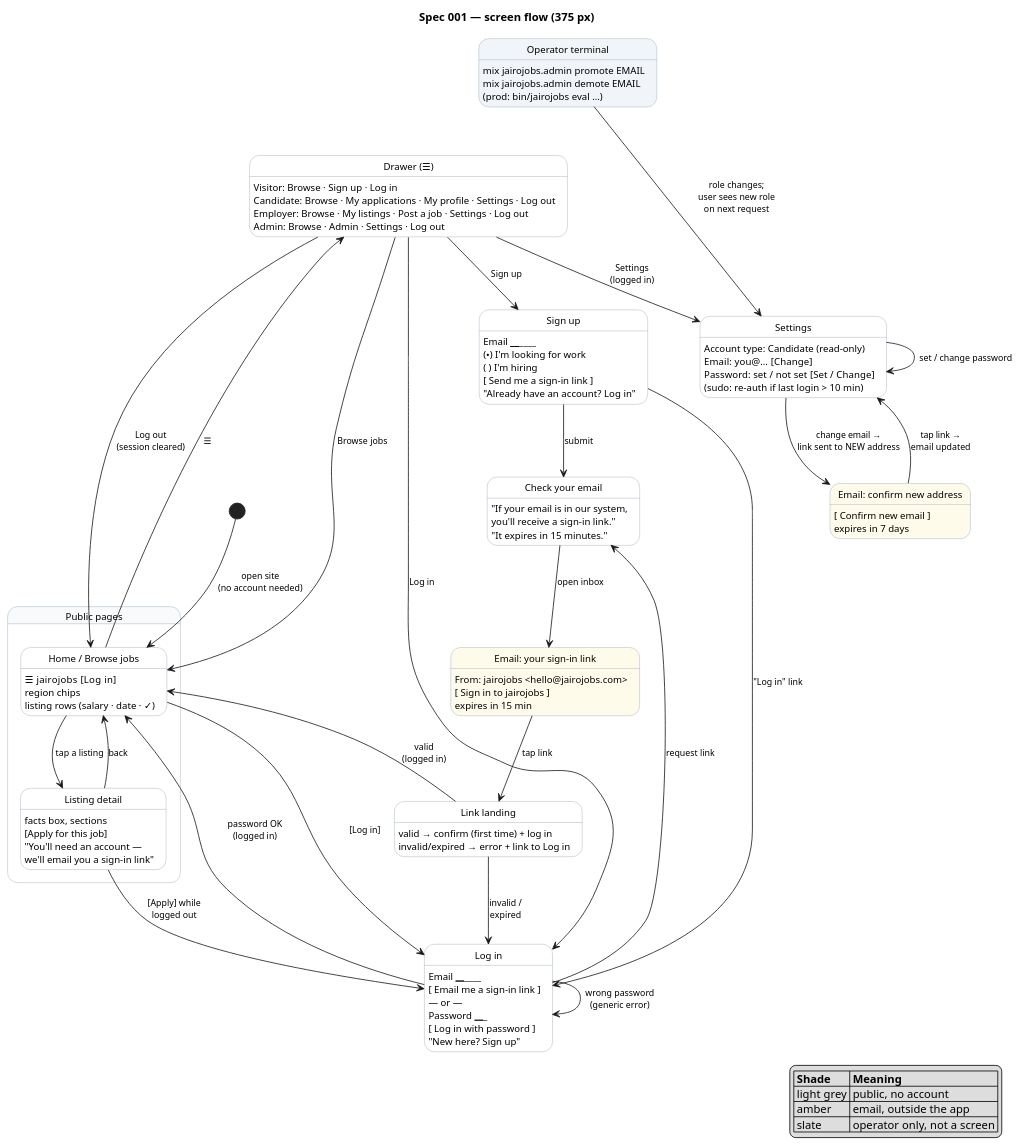
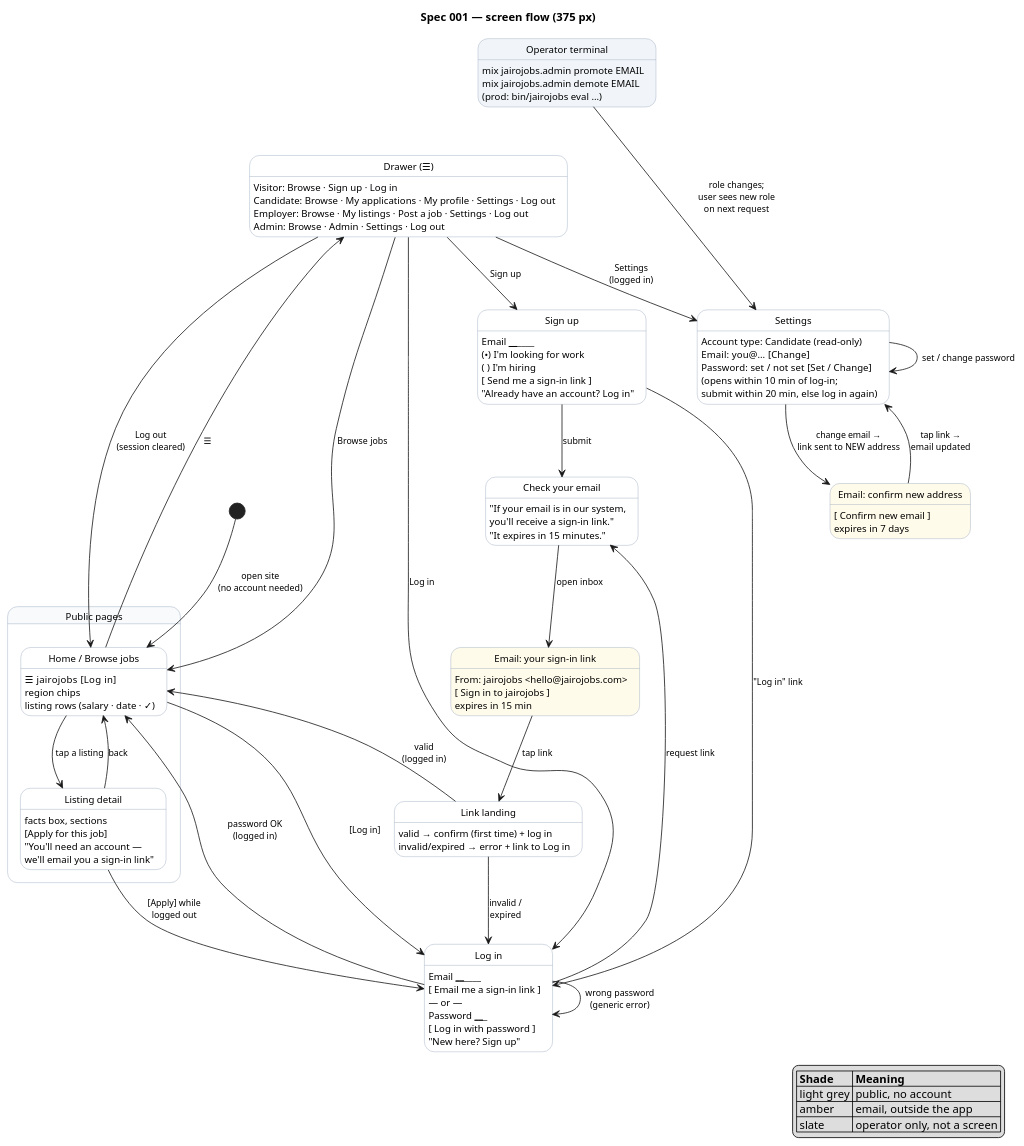
Before and after one commit to raseniero/jairojobs-elixir: the diagram in docs/specs/001-accounts-authentication/diagrams/screenflow-auth.puml, drawn with PlantUML. The commit also changed 9 other files, not shown here.

Commit message:
fix(accounts): late Settings submit asks to log in again instead of crashing (REQ-001-6, REQ-001-7)

```diff
--- a/docs/specs/001-accounts-authentication/diagrams/screenflow-auth.puml
+++ b/docs/specs/001-accounts-authentication/diagrams/screenflow-auth.puml
@@ -1,111 +1,111 @@
 @startuml screenflow-auth
 ' Spec 001 — screen flow. Each state is a screen (key elements listed); each arrow is a user action.
 ' Every user story US-001-1..9 is a path through this diagram (see table in spec.md).
 
 hide empty description
 skinparam state {
   BackgroundColor white
   BackgroundColor<<public>> #f8fafc
   BackgroundColor<<email>> #fffbeb
   BackgroundColor<<terminal>> #f1f5f9
   BorderColor #94a3b8
   FontSize 12
 }
 skinparam arrowFontSize 11
 
 title Spec 001 — screen flow (375 px)
 
 state "Public pages" as Public <<public>> {
   state "Home / Browse jobs" as Home
   Home : ☰  jairojobs  [Log in]
   Home : region chips
   Home : listing rows (salary · date · ✓)
   state "Listing detail" as Detail
   Detail : facts box, sections
   Detail : [Apply for this job]
   Detail : "You'll need an account —\nwe'll email you a sign-in link"
   Home --> Detail : tap a listing
   Detail --> Home : back
 }
 
 state "Drawer (☰)" as Drawer
 Drawer : Visitor: Browse · Sign up · Log in
 Drawer : Candidate: Browse · My applications · My profile · Settings · Log out
 Drawer : Employer: Browse · My listings · Post a job · Settings · Log out
 Drawer : Admin: Browse · Admin · Settings · Log out
 
 state "Sign up" as Signup
 Signup : Email ______________
 Signup : (•) I'm looking for work
 Signup : ( ) I'm hiring
 Signup : [ Send me a sign-in link ]
 Signup : "Already have an account? Log in"
 
 state "Check your email" as CheckEmail
 CheckEmail : "If your email is in our system,\nyou'll receive a sign-in link."
 CheckEmail : "It expires in 15 minutes."
 
 state "Email: your sign-in link" as Email <<email>>
 Email : From: jairojobs <hello@jairojobs.com>
 Email : [ Sign in to jairojobs ]
 Email : expires in 15 min
 
 state "Link landing" as Landing
 Landing : valid → confirm (first time) + log in
 Landing : invalid/expired → error + link to Log in
 
 state "Log in" as Login
 Login : Email ______________
 Login : [ Email me a sign-in link ]
 Login : — or —
 Login : Password ___________
 Login : [ Log in with password ]
 Login : "New here? Sign up"
 
 state "Settings" as Settings
 Settings : Account type: Candidate (read-only)
 Settings : Email: you@…  [Change]
 Settings : Password: set / not set  [Set / Change]
-Settings : (sudo: re-auth if last login > 10 min)
+Settings : (opens within 10 min of log-in;\nsubmit within 20 min, else log in again)
 
 state "Email: confirm new address" as EmailChange <<email>>
 EmailChange : [ Confirm new email ]
 EmailChange : expires in 7 days
 
 state "Operator terminal" as Terminal <<terminal>>
 Terminal : mix jairojobs.admin promote EMAIL
 Terminal : mix jairojobs.admin demote EMAIL
 Terminal : (prod: bin/jairojobs eval …)
 
 [*] --> Home : open site\n(no account needed)
 Home --> Drawer : ☰
 Drawer --> Home : Browse jobs
 Drawer --> Signup : Sign up
 Drawer --> Login : Log in
 Home --> Login : [Log in]
 Detail --> Login : [Apply] while\nlogged out
 Signup --> CheckEmail : submit
 Signup --> Login : "Log in" link
 Login --> CheckEmail : request link
 Login --> Home : password OK\n(logged in)
 Login --> Login : wrong password\n(generic error)
 CheckEmail --> Email : open inbox
 Email --> Landing : tap link
 Landing --> Home : valid\n(logged in)
 Landing --> Login : invalid /\nexpired
 Drawer --> Settings : Settings\n(logged in)
 Settings --> EmailChange : change email →\nlink sent to NEW address
 EmailChange --> Settings : tap link →\nemail updated
 Settings --> Settings : set / change password
 Drawer --> Home : Log out\n(session cleared)
 Terminal --> Settings : role changes;\nuser sees new role\non next request
 Terminal -[hidden]-> Drawer
 
 legend right
   |= Shade |= Meaning |
   | light grey | public, no account |
   | amber | email, outside the app |
   | slate | operator only, not a screen |
 endlegend
 
 @enduml
```
